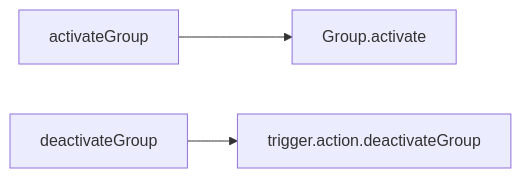
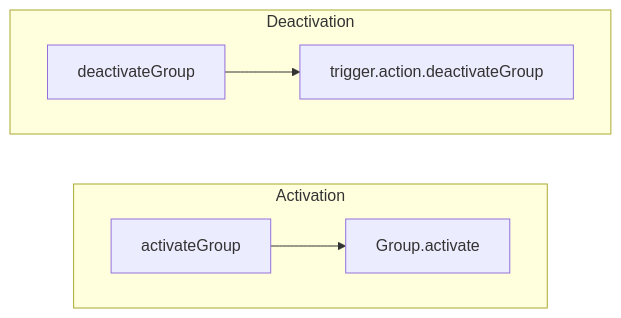
One commit to Gh0st352/AETHR changed the sixth of 7 diagrams in docs/spawner/spawn_despawn.md. Above: the diagram before and after it, drawn with Mermaid. The commit also changed other lines of this file and 9 other files, not shown here.

First line of the commit message:
docs(spawner, mermaid): restructure diagrams and clarify headings

````diff
--- a/docs/spawner/spawn_despawn.md
+++ b/docs/spawner/spawn_despawn.md
@@ -122,5 +152,14 @@
 ```mermaid
+%% shared theme: docs/_mermaid/theme.json %%
 flowchart LR
-  A[activateGroup] --> GA[Group.activate]
-  D[deactivateGroup] --> TG[trigger.action.deactivateGroup]
+  subgraph "Activation"
+    direction LR
+    A[activateGroup] --> GA[Group.activate]
+  end
+  subgraph "Deactivation"
+    direction LR
+    D[deactivateGroup] --> TG[trigger.action.deactivateGroup]
+  end
+  class A,D class_io;
+  class GA,TG class_step;
 ```
````
